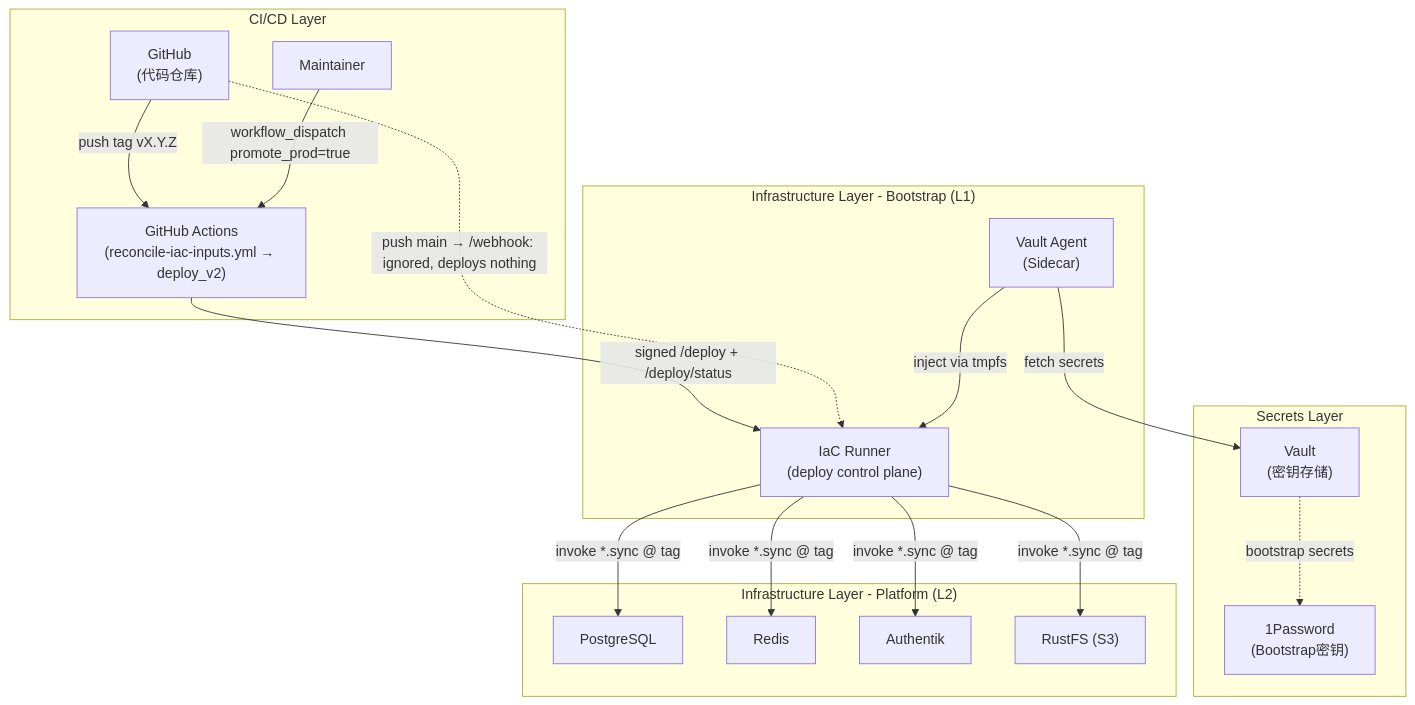
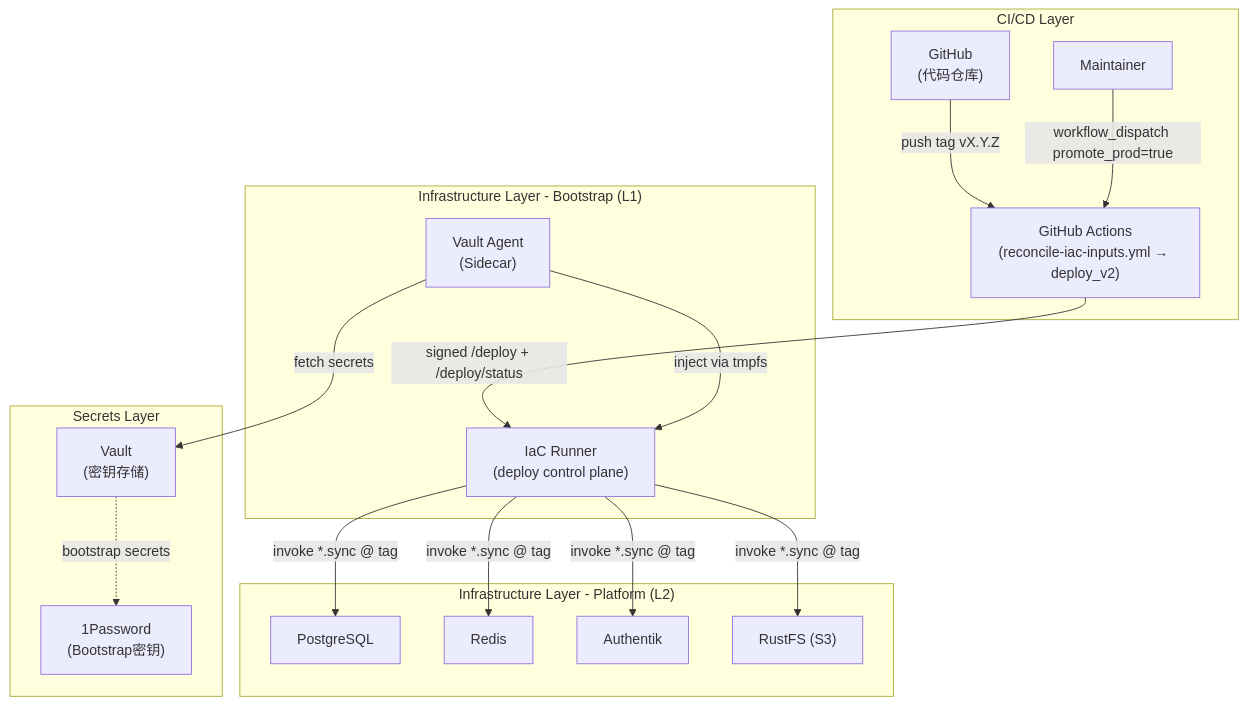
The first of 2 diagrams in docs/ssot/bootstrap.iac_runner.md (wangzitian0/infra2), drawn with Mermaid before and after one commit. The commit also changed other lines of this file and 34 other files, not shown here.

````diff
--- a/docs/ssot/bootstrap.iac_runner.md
+++ b/docs/ssot/bootstrap.iac_runner.md
@@ -50,40 +49,39 @@
 ```mermaid
 flowchart TB
     subgraph "Secrets Layer"
         Vault["Vault<br/>(密钥存储)"]
         1P["1Password<br/>(Bootstrap密钥)"]
     end
 
     subgraph "CI/CD Layer"
         GitHub["GitHub<br/>(代码仓库)"]
         Maintainer["Maintainer"]
         Reconcile["GitHub Actions<br/>(reconcile-iac-inputs.yml → deploy_v2)"]
     end
 
     subgraph "Infrastructure Layer - Bootstrap (L1)"
         IaCRunner["IaC Runner<br/>(deploy control plane)"]
         VaultAgent["Vault Agent<br/>(Sidecar)"]
     end
 
     subgraph "Infrastructure Layer - Platform (L2)"
         Postgres["PostgreSQL"]
         Redis["Redis"]
         Authentik["Authentik"]
         RustFS["RustFS (S3)"]
     end
 
     GitHub -->|push tag vX.Y.Z| Reconcile
     Maintainer -->|workflow_dispatch promote_prod=true| Reconcile
     Reconcile -->|signed /deploy + /deploy/status| IaCRunner
-    GitHub -.->|push main → /webhook: ignored, deploys nothing| IaCRunner
 
     VaultAgent -->|fetch secrets| Vault
     VaultAgent -->|inject via tmpfs| IaCRunner
 
     IaCRunner -->|invoke *.sync @ tag| Postgres
     IaCRunner -->|invoke *.sync @ tag| Redis
     IaCRunner -->|invoke *.sync @ tag| Authentik
     IaCRunner -->|invoke *.sync @ tag| RustFS
 
     Vault -.->|bootstrap secrets| 1P
 ```
````
